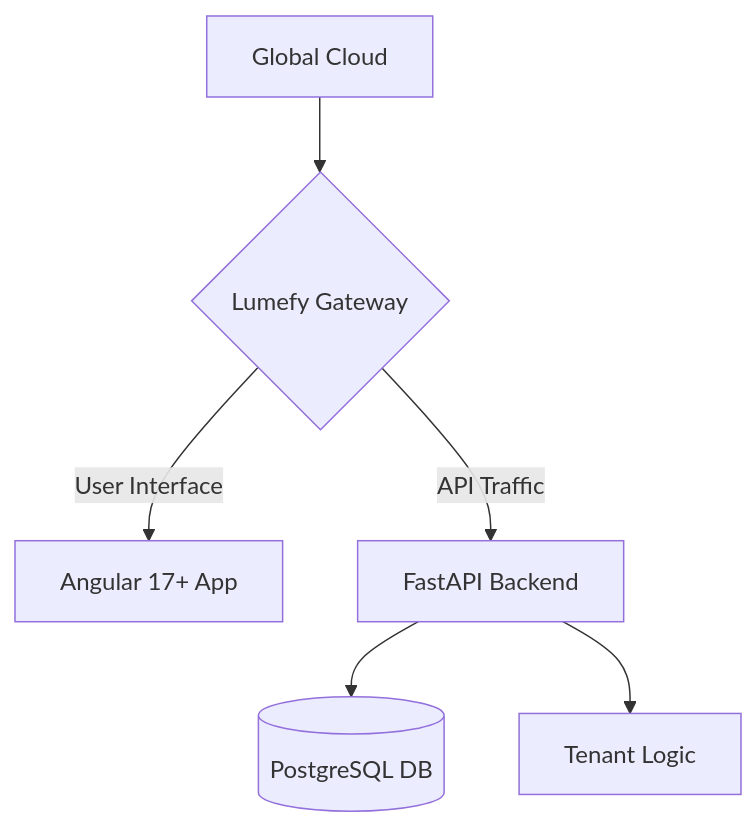
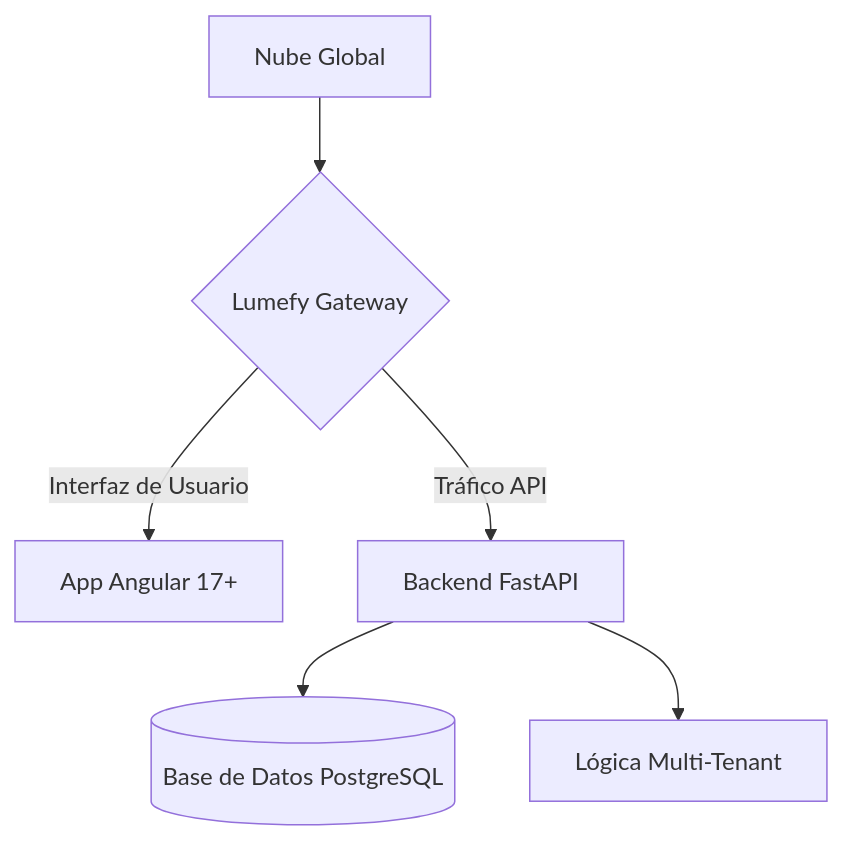
The diagram in README.md (Alejooc/lumefy), drawn with Mermaid before and after one commit. The commit also changed other lines of this file and 61 other files, not shown here.

````diff
--- a/README.md
+++ b/README.md
@@ -43,8 +44,8 @@
 ```mermaid
 graph TD
-    A[Global Cloud] --> B{Lumefy Gateway}
-    B -->|User Interface| C[Angular 17+ App]
-    B -->|API Traffic| D[FastAPI Backend]
-    D --> E[(PostgreSQL DB)]
-    D --> F[Tenant Logic]
+    A[Nube Global] --> B{Lumefy Gateway}
+    B -->|Interfaz de Usuario| C[App Angular 17+]
+    B -->|Tráfico API| D[Backend FastAPI]
+    D --> E[(Base de Datos PostgreSQL)]
+    D --> F[Lógica Multi-Tenant]
 ```
````
